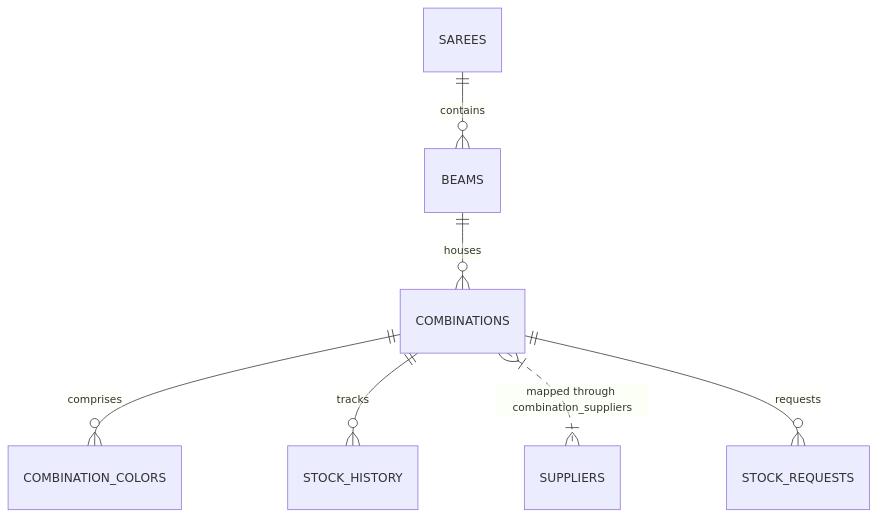
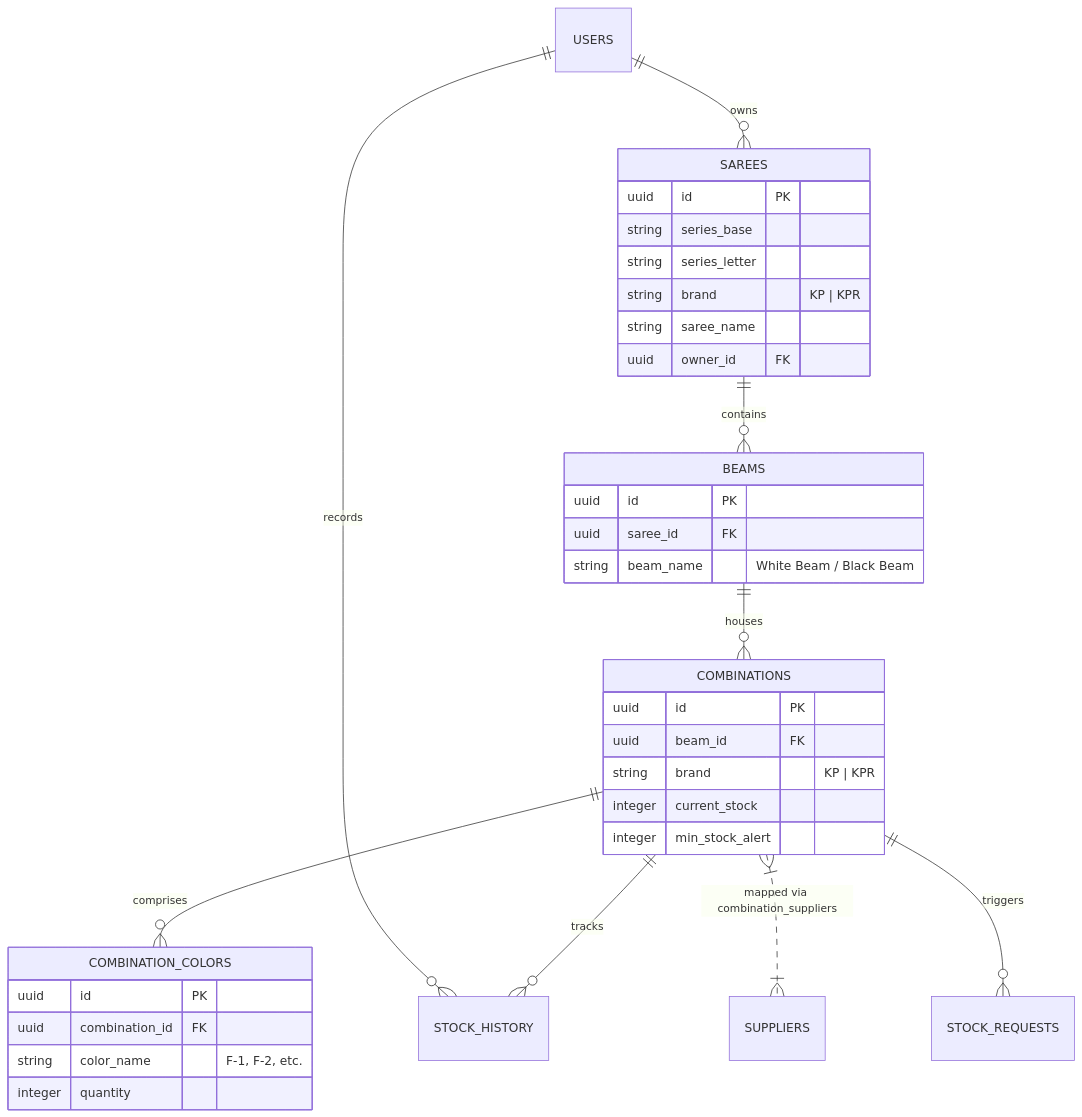
One commit to archimandani041/Saree_management changed the first of 3 diagrams in README.md. Above: the diagram before and after it, drawn with Mermaid. The commit also changed other lines of this file, not shown here.

Commit message:
docs: improve README with comprehensive architecture, OCR, multi-shop isolation, and updated API reference

````diff
--- a/README.md
+++ b/README.md
@@ -60,9 +93,41 @@
 ```mermaid
 erDiagram
+    USERS ||--o{ SAREES : "owns"
+    USERS ||--o{ STOCK_HISTORY : "records"
     SAREES ||--o{ BEAMS : "contains"
     BEAMS ||--o{ COMBINATIONS : "houses"
     COMBINATIONS ||--o{ COMBINATION_COLORS : "comprises"
     COMBINATIONS ||--o{ STOCK_HISTORY : "tracks"
-    COMBINATIONS }|..|{ SUPPLIERS : "mapped through combination_suppliers"
-    COMBINATIONS ||--o{ STOCK_REQUESTS : "requests"
+    COMBINATIONS }|..|{ SUPPLIERS : "mapped via combination_suppliers"
+    COMBINATIONS ||--o{ STOCK_REQUESTS : "triggers"
+
+    SAREES {
+        uuid id PK
+        string series_base
+        string series_letter
+        string brand "KP | KPR"
+        string saree_name
+        uuid owner_id FK
+    }
+
+    BEAMS {
+        uuid id PK
+        uuid saree_id FK
+        string beam_name "White Beam / Black Beam"
+    }
+
+    COMBINATIONS {
+        uuid id PK
+        uuid beam_id FK
+        string brand "KP | KPR"
+        integer current_stock
+        integer min_stock_alert
+    }
+
+    COMBINATION_COLORS {
+        uuid id PK
+        uuid combination_id FK
+        string color_name "F-1, F-2, etc."
+        integer quantity
+    }
 ```
````
